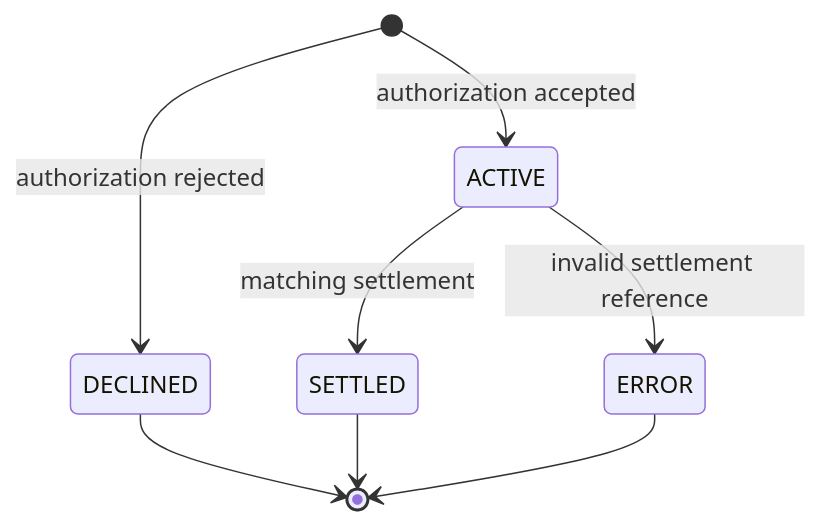
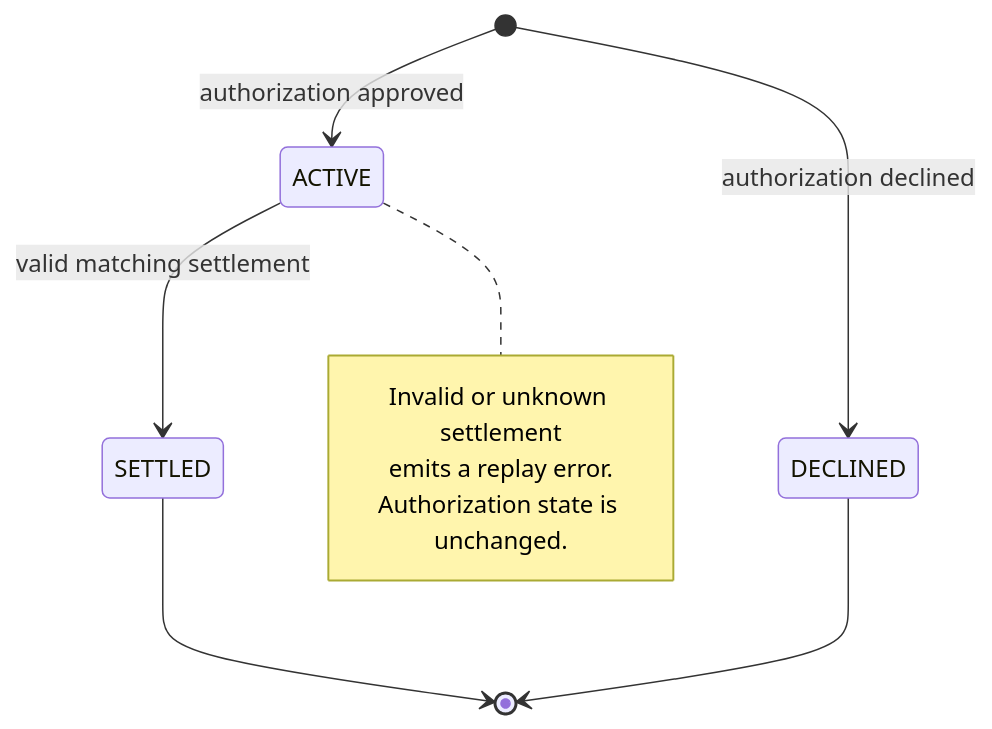
One commit to solankiharsh/mal-assessment changed the second of 2 diagrams in ARCHITECTURE_DECISIONS.md. Above: the diagram before and after it, drawn with Mermaid. The commit also changed other lines of this file and 7 other files, not shown here.

First line of the commit message:
docs/ci: align diagrams, metadata, runtime rationale, and coverage scope

````diff
--- a/ARCHITECTURE_DECISIONS.md
+++ b/ARCHITECTURE_DECISIONS.md
@@ -28,10 +28,13 @@
 ```mermaid
 stateDiagram-v2
-[*] --> ACTIVE: authorization accepted
-[*] --> DECLINED: authorization rejected
-ACTIVE --> SETTLED: matching settlement
-ACTIVE --> ERROR: invalid settlement reference
+[*] --> ACTIVE: authorization approved
+[*] --> DECLINED: authorization declined
+ACTIVE --> SETTLED: valid matching settlement
+note right of ACTIVE
+  Invalid or unknown settlement
+  emits a replay error.
+  Authorization state is unchanged.
+end note
 DECLINED --> [*]
 SETTLED --> [*]
-ERROR --> [*]
 ```
````
